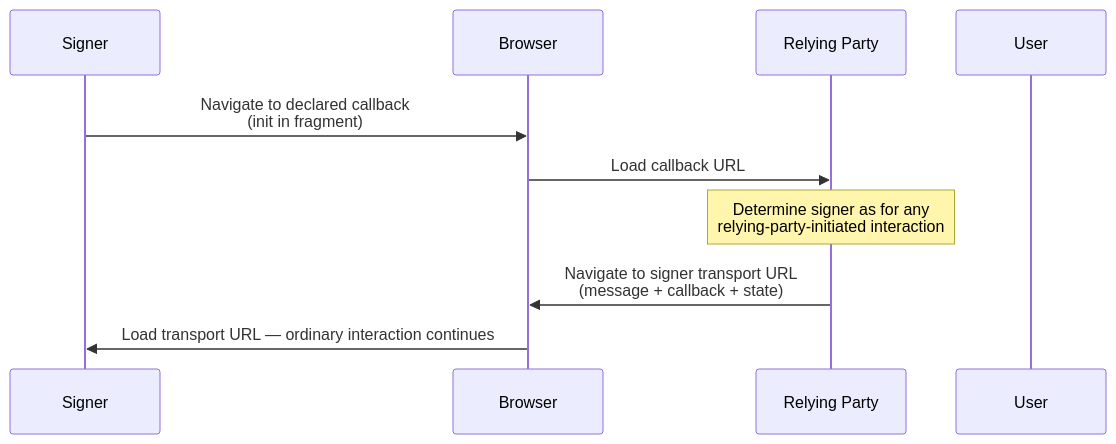
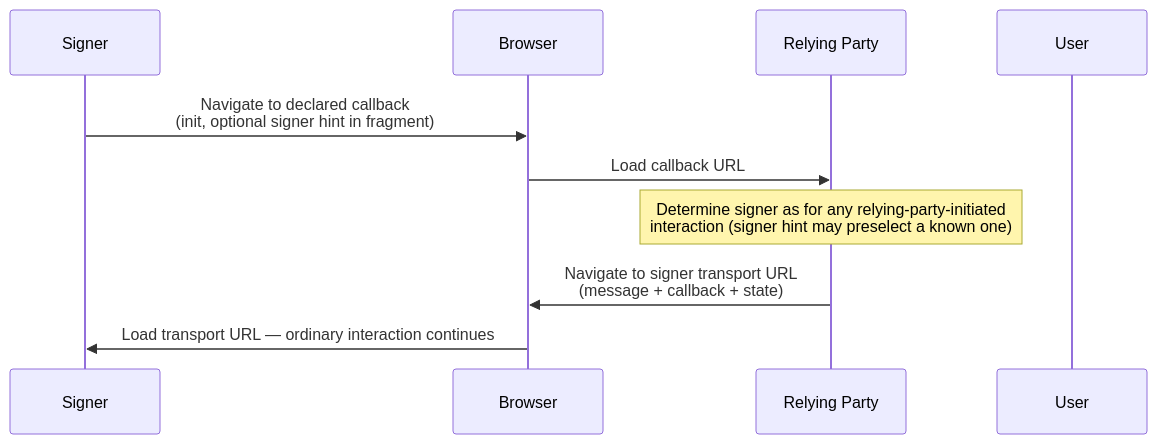
The second of 2 diagrams in topics/icrc_167_browser_url_transport.md (dfinity/wg-identity-authentication), drawn with Mermaid before and after one commit. The commit also changed other lines of this file, not shown here.

First line of the commit message:
ICRC-167: add optional signer hint to signer-initiated flow

````diff
--- a/topics/icrc_167_browser_url_transport.md
+++ b/topics/icrc_167_browser_url_transport.md
@@ -173,13 +174,13 @@
 ```mermaid
 sequenceDiagram
     participant S as Signer
     participant B as Browser
     participant RP as Relying Party
     participant U as User
 
-    S ->> B: Navigate to declared callback<br>(init in fragment)
+    S ->> B: Navigate to declared callback<br>(init, optional signer hint in fragment)
     B ->> RP: Load callback URL
-    Note over RP: Determine signer as for any<br>relying-party-initiated interaction
+    Note over RP: Determine signer as for any relying-party-initiated<br>interaction (signer hint may preselect a known one)
     RP ->> B: Navigate to signer transport URL<br>(message + callback + state)
     B ->> S: Load transport URL — ordinary interaction continues
 ```
````
